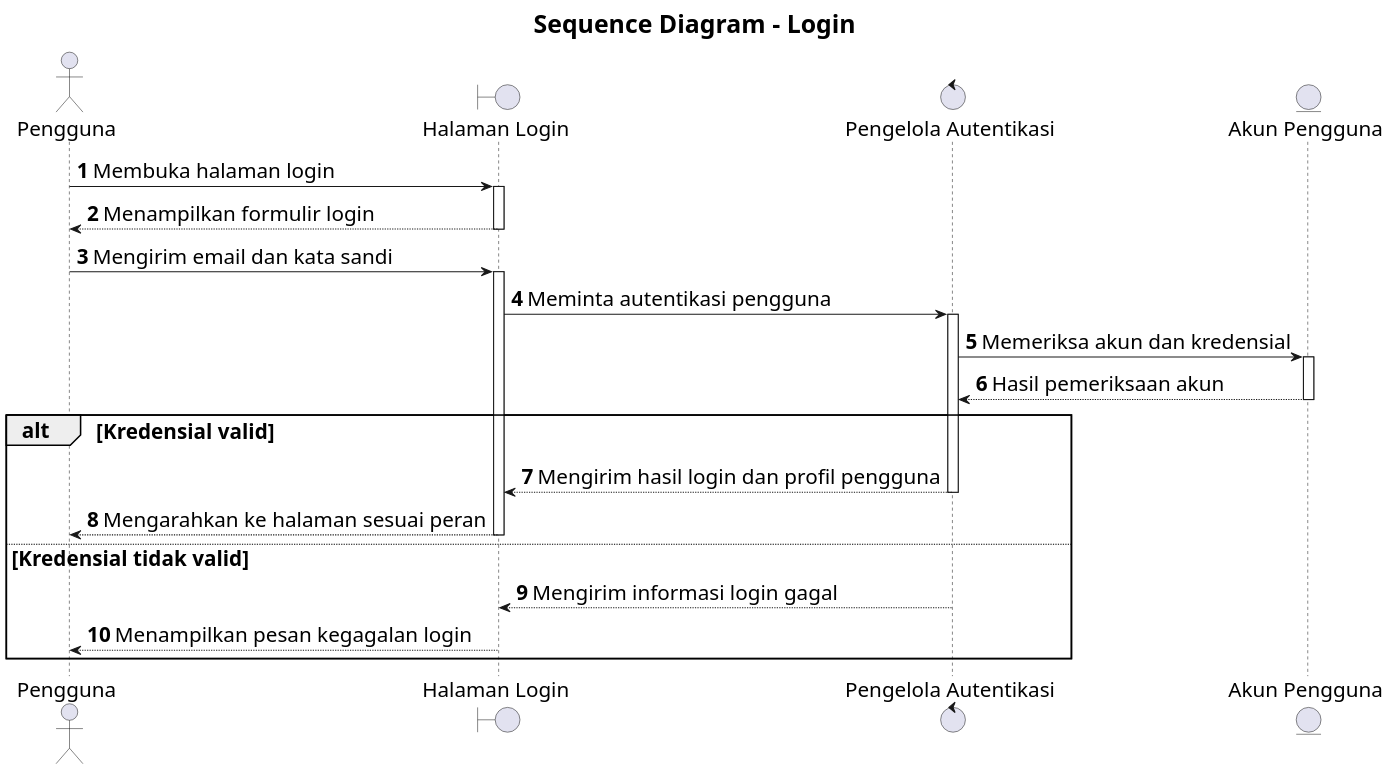
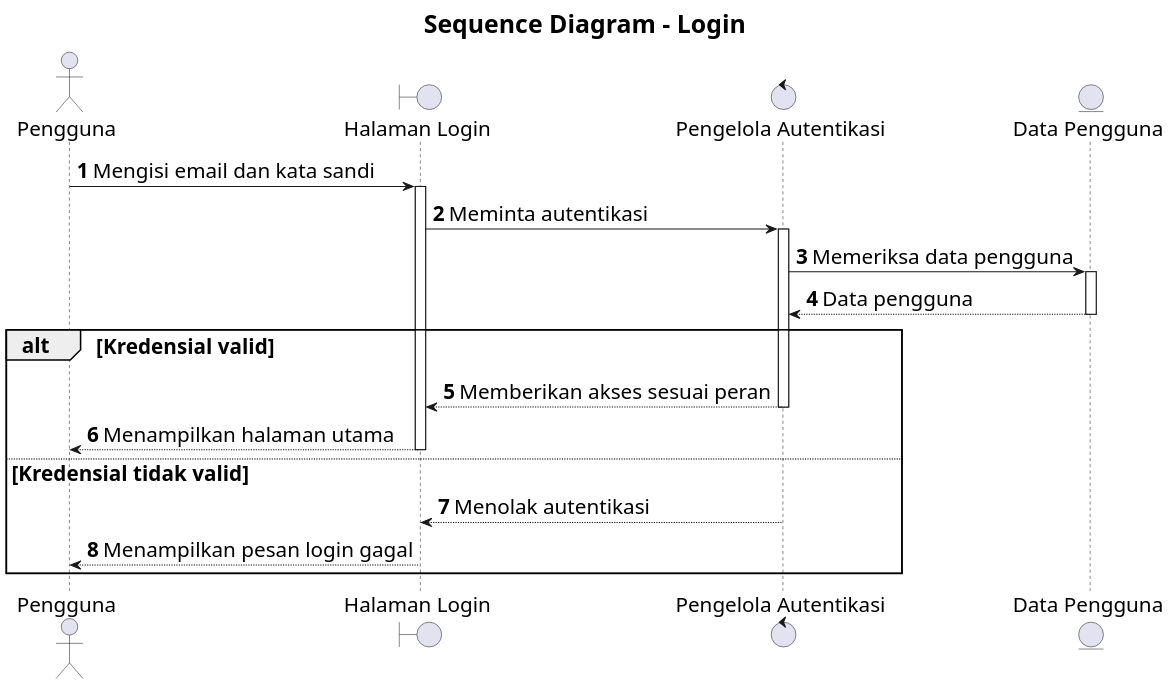
Before and after one commit to howlil/sop-generate-app: the diagram in docs/sequence/lampiran/seluruh-pengguna-login.md, drawn with PlantUML. The commit also changed other lines of this file and 20 other files, not shown here.

Commit message:
docs(sequence): simplify interaction detail across use cases

````diff
--- a/docs/sequence/lampiran/seluruh-pengguna-login.md
+++ b/docs/sequence/lampiran/seluruh-pengguna-login.md
@@ -16,32 +16,30 @@
 ```plantuml
 @startuml
 skinparam defaultFontSize 20
 skinparam titleFontSize 24
 skinparam dpi 160
 
 title Sequence Diagram - Login
 autonumber
 autoactivate on
 
 actor "Pengguna" as A
 boundary "Halaman Login" as B
 control "Pengelola Autentikasi" as C
-entity "Akun Pengguna" as D
+entity "Data Pengguna" as D
 
-A -> B : Membuka halaman login
-B --> A : Menampilkan formulir login
-A -> B : Mengirim email dan kata sandi
-B -> C : Meminta autentikasi pengguna
-C -> D : Memeriksa akun dan kredensial
-D --> C : Hasil pemeriksaan akun
+A -> B : Mengisi email dan kata sandi
+B -> C : Meminta autentikasi
+C -> D : Memeriksa data pengguna
+D --> C : Data pengguna
 
 alt Kredensial valid
-  C --> B : Mengirim hasil login dan profil pengguna
-  B --> A : Mengarahkan ke halaman sesuai peran
+  C --> B : Memberikan akses sesuai peran
+  B --> A : Menampilkan halaman utama
 else Kredensial tidak valid
-  C --> B : Mengirim informasi login gagal
-  B --> A : Menampilkan pesan kegagalan login
+  C --> B : Menolak autentikasi
+  B --> A : Menampilkan pesan login gagal
 end
 
 @enduml
 ```
````
